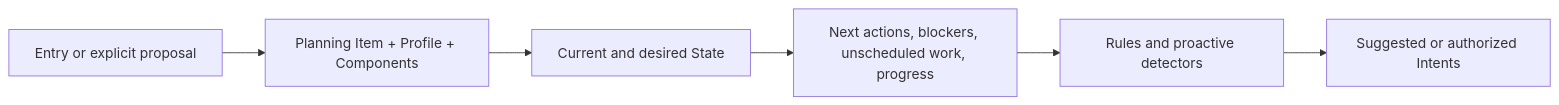
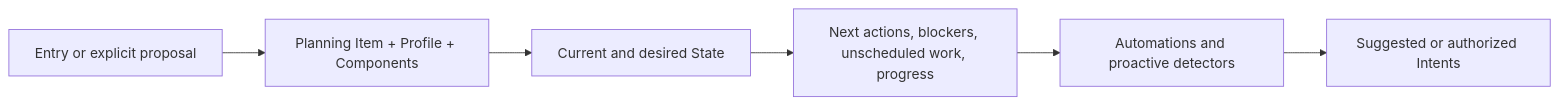
The sixth of 9 diagrams in docs/flows.md (itmarck/wingman), drawn with Mermaid before and after one commit. The commit also changed other lines of this file and 52 other files, not shown here.

````diff
--- a/docs/flows.md
+++ b/docs/flows.md
@@ -106,8 +106,8 @@
 ```mermaid
 flowchart LR
     Capture[Entry or explicit proposal] --> Compose[Planning Item + Profile + Components]
     Compose --> State[Current and desired State]
     State --> Views[Next actions, blockers, unscheduled work, progress]
-    Views --> Rules[Rules and proactive detectors]
-    Rules --> Intents[Suggested or authorized Intents]
+    Views --> Automations[Automations and proactive detectors]
+    Automations --> Intents[Suggested or authorized Intents]
 ```
````
